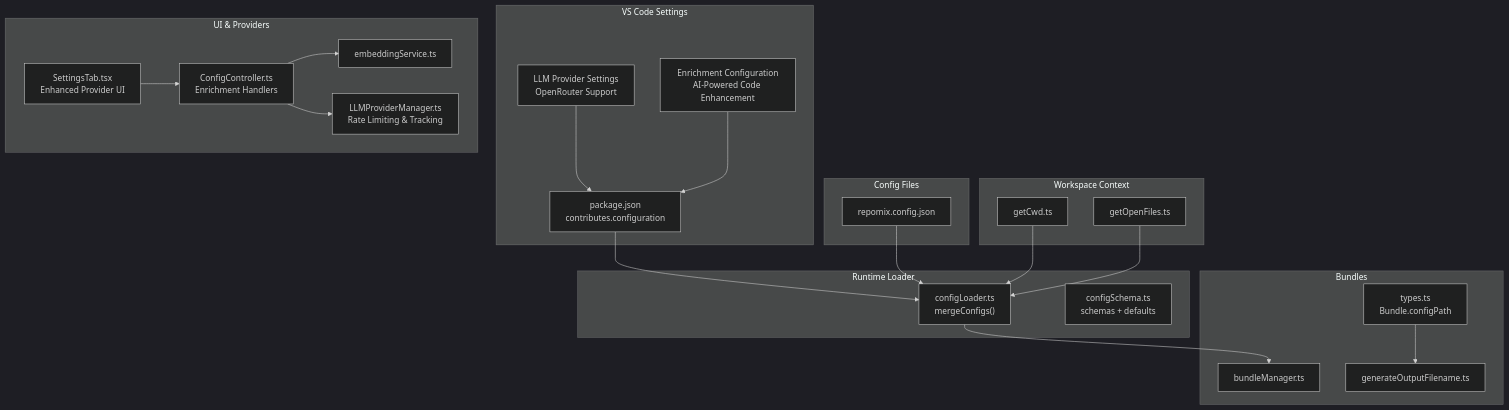
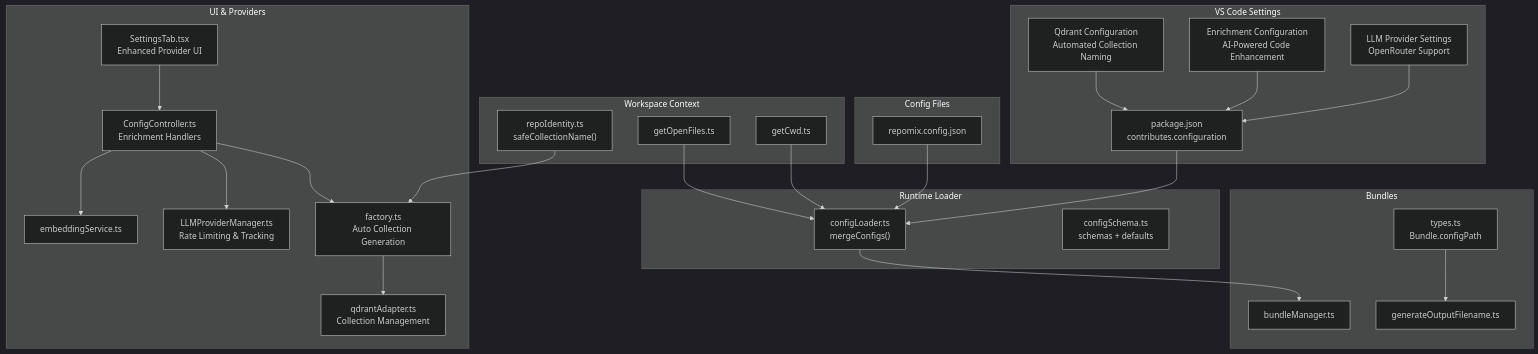
One commit to bramburn/repomix-runner changed the first of 8 diagrams in .qoder/repowiki/en/content/Configuration Management/Configuration Management.md. Above: the diagram before and after it, drawn with Mermaid (dark theme). The commit also changed other lines of this file and 9 other files, not shown here.

````diff
--- a/.qoder/repowiki/en/content/Configuration Management/Configuration Management.md
+++ b/.qoder/repowiki/en/content/Configuration Management/Configuration Management.md
@@ -63,41 +66,49 @@
 ```mermaid
 graph TB
 subgraph "VS Code Settings"
 PJSON["package.json<br/>contributes.configuration"]
 ENDPOINT["LLM Provider Settings<br/>OpenRouter Support"]
 ENRICH["Enrichment Configuration<br/>AI-Powered Code Enhancement"]
+QDRANT["Qdrant Configuration<br/>Automated Collection Naming"]
 ENDPOINT --> PJSON
 ENRICH --> PJSON
+QDRANT --> PJSON
 end
 subgraph "Config Files"
 RCFG["repomix.config.json"]
 end
 subgraph "Runtime Loader"
 CLDR["configLoader.ts<br/>mergeConfigs()"]
 CSCH["configSchema.ts<br/>schemas + defaults"]
 end
 subgraph "Workspace Context"
 GCWD["getCwd.ts"]
 GOFS["getOpenFiles.ts"]
+REPOID["repoIdentity.ts<br/>safeCollectionName()"]
 end
 subgraph "Bundles"
 BMGR["bundleManager.ts"]
 BTYP["types.ts<br/>Bundle.configPath"]
 GFNM["generateOutputFilename.ts"]
 end
 subgraph "UI & Providers"
 SETAB["SettingsTab.tsx<br/>Enhanced Provider UI"]
 EMB["embeddingService.ts"]
 CCTL["ConfigController.ts<br/>Enrichment Handlers"]
 LLM["LLMProviderManager.ts<br/>Rate Limiting & Tracking"]
+QFACT["factory.ts<br/>Auto Collection Generation"]
+QADAPT["qdrantAdapter.ts<br/>Collection Management"]
 end
 PJSON --> CLDR
 RCFG --> CLDR
 GCWD --> CLDR
 GOFS --> CLDR
+REPOID --> QFACT
 CLDR --> BMGR
 BTYP --> GFNM
 SETAB --> CCTL
 CCTL --> EMB
 CCTL --> LLM
+CCTL --> QFACT
+QFACT --> QADAPT
 ```
````
